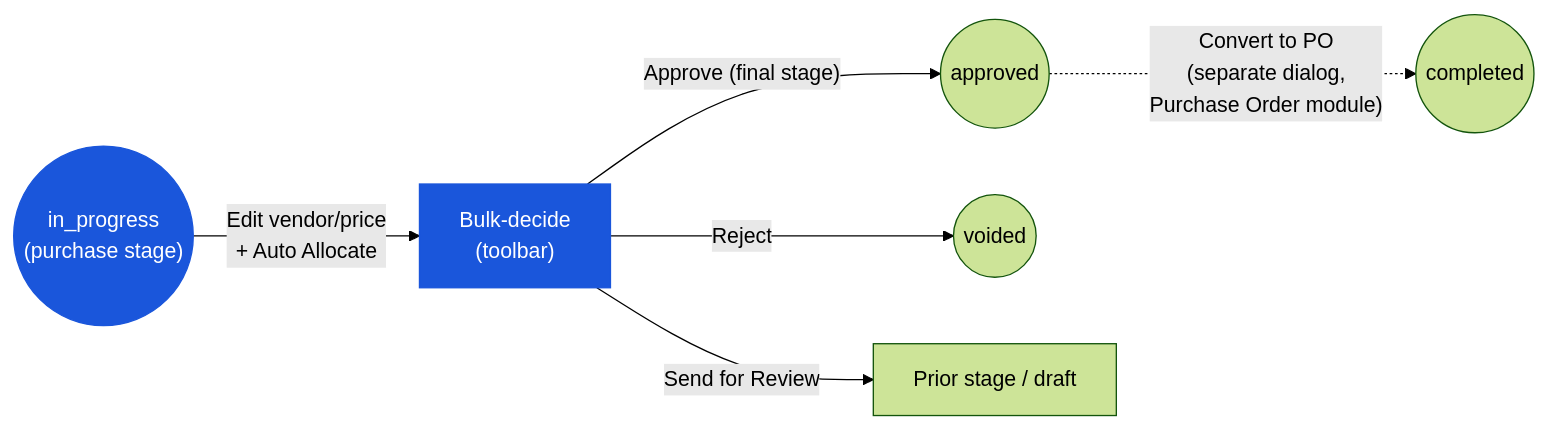
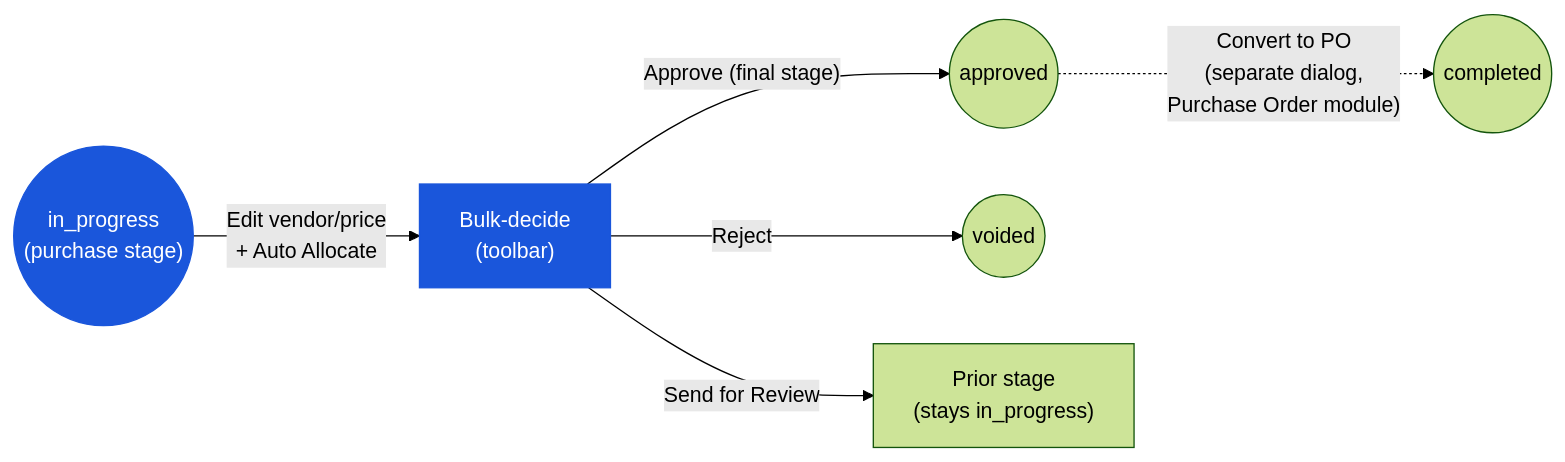
Before and after one commit to CarmenSoftware-organization/carmen-wiki: the diagram in en/inventory/purchase-request/03-user-flow-purchaser.md, drawn with Mermaid (forest theme). The commit also changed other lines of this file and 16 other files, not shown here.

````diff
--- a/en/inventory/purchase-request/03-user-flow-purchaser.md
+++ b/en/inventory/purchase-request/03-user-flow-purchaser.md
@@ -25,9 +25,9 @@
 ```mermaid
 graph LR
     inprog(("in_progress<br/>(purchase stage)")):::current -->|"Edit vendor/price<br/>+ Auto Allocate"| decide["Bulk-decide<br/>(toolbar)"]:::current
     decide -->|"Approve (final stage)"| approved(("approved"))
     decide -->|"Reject"| voided(("voided"))
-    decide -->|"Send for Review"| prior["Prior stage / draft"]
+    decide -->|"Send for Review"| prior["Prior stage<br/>(stays in_progress)"]
     approved -.->|"Convert to PO<br/>(separate dialog,<br/>Purchase Order module)"| completed(("completed"))
     classDef current fill:#1a56db,color:#fff,stroke:#1a56db;
 ```
````
